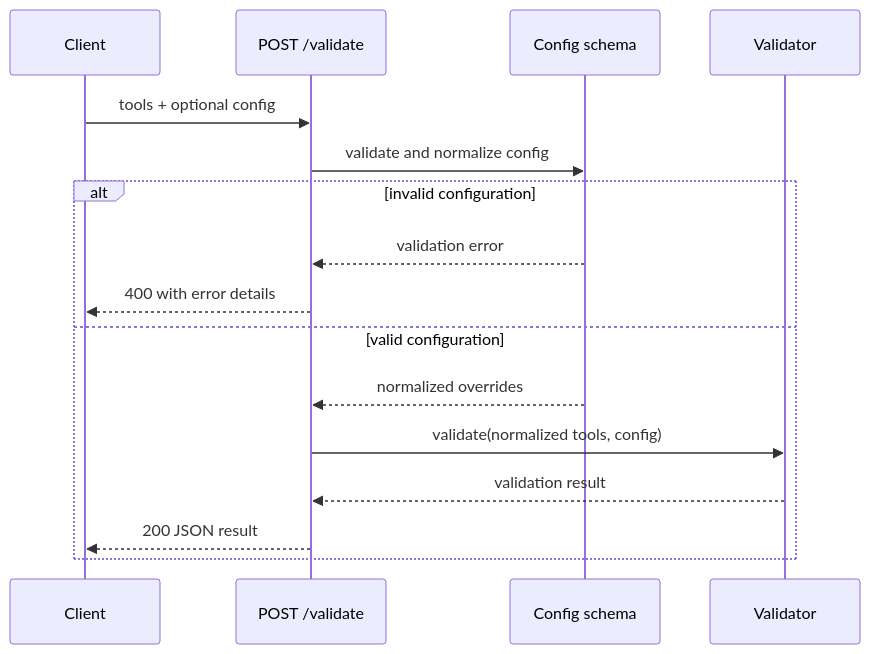
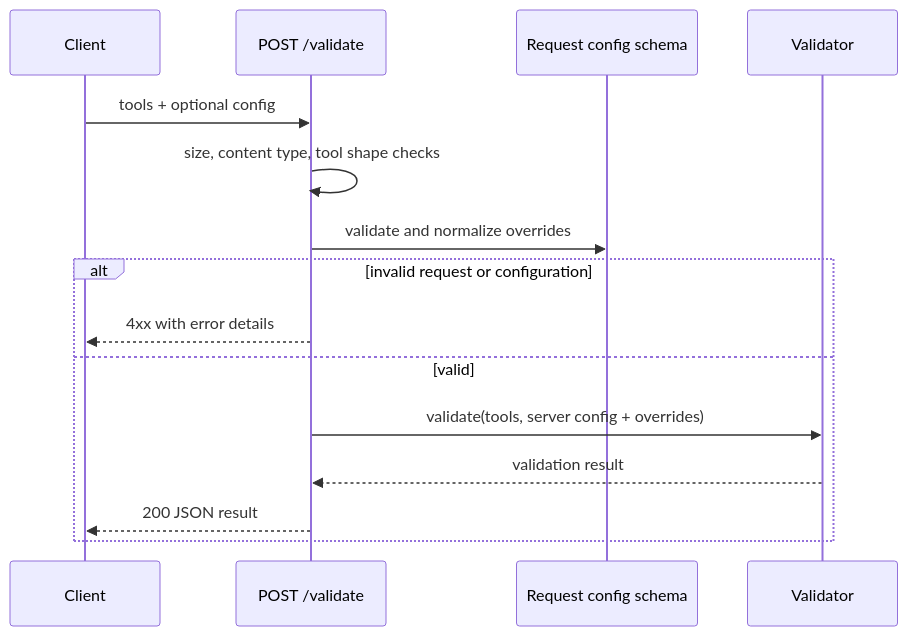
One commit to chief-builder/mcp_tool_description_validator changed the second of 2 diagrams in README.md. Above: the diagram before and after it, drawn with Mermaid. The commit also changed other lines of this file, not shown here.

````diff
--- a/README.md
+++ b/README.md
@@ -169,19 +224,18 @@
 ```mermaid
 sequenceDiagram
   participant Client
   participant API as POST /validate
-  participant Config as Config schema
+  participant Config as Request config schema
   participant Validator
 
   Client->>API: tools + optional config
-  API->>Config: validate and normalize config
-  alt invalid configuration
-    Config-->>API: validation error
-    API-->>Client: 400 with error details
-  else valid configuration
-    Config-->>API: normalized overrides
-    API->>Validator: validate(normalized tools, config)
+  API->>API: size, content type, tool shape checks
+  API->>Config: validate and normalize overrides
+  alt invalid request or configuration
+    API-->>Client: 4xx with error details
+  else valid
+    API->>Validator: validate(tools, server config + overrides)
     Validator-->>API: validation result
     API-->>Client: 200 JSON result
   end
 ```
````
